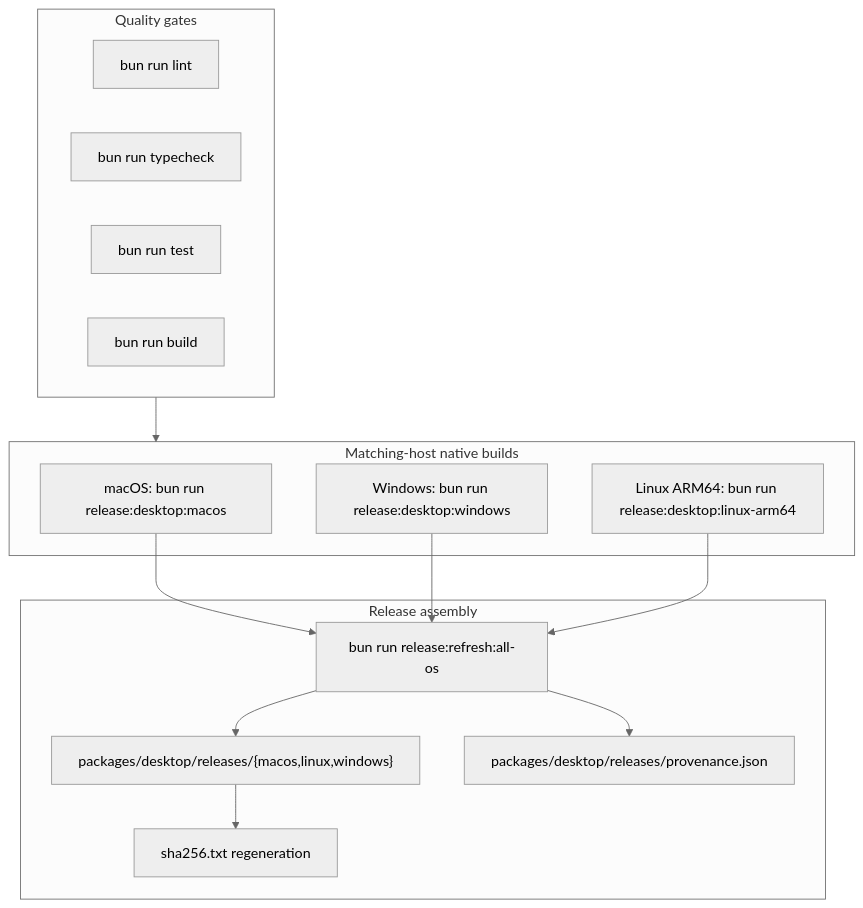
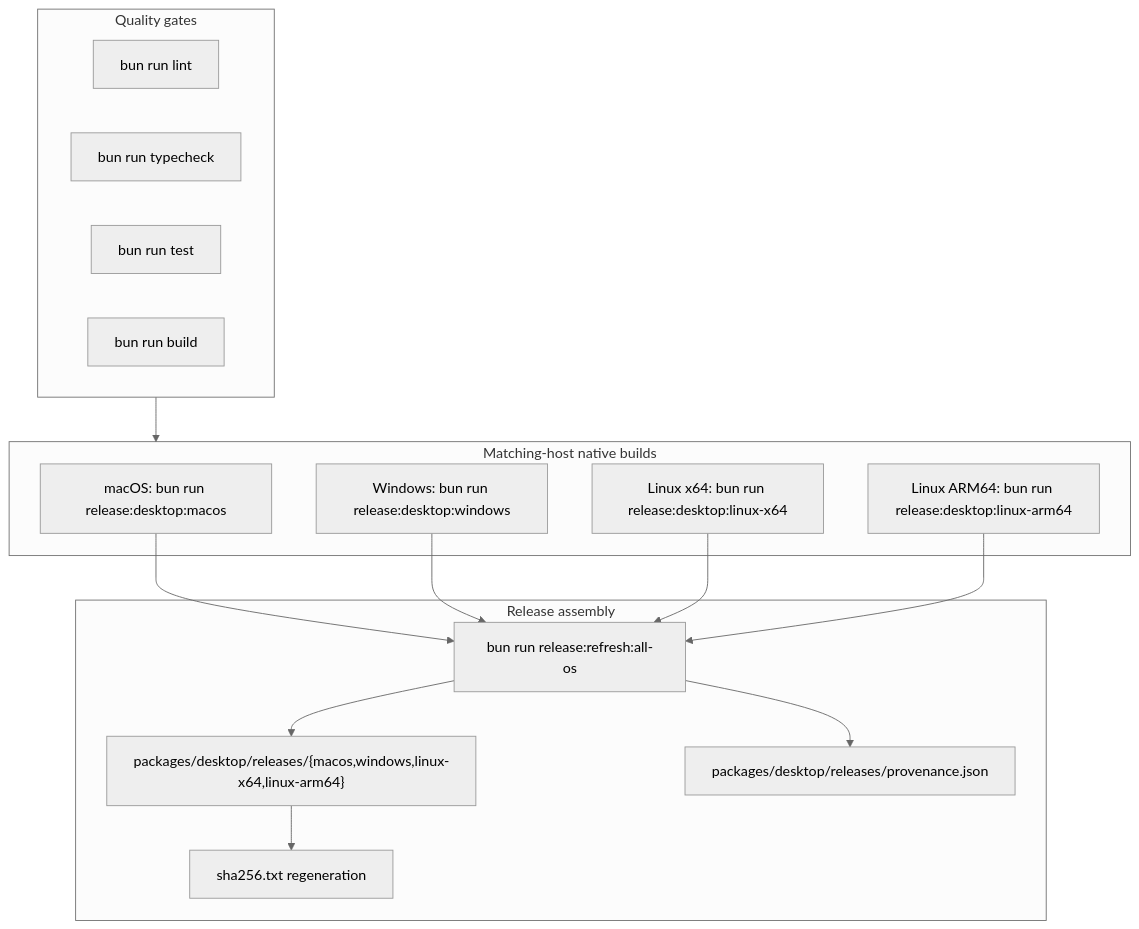
Before and after one commit to d4551/baobuildbuddy: the diagram in packages/desktop/releases/README.md, drawn with Mermaid (neutral theme). The commit also changed other lines of this file and 50 other files, not shown here.

````diff
--- a/packages/desktop/releases/README.md
+++ b/packages/desktop/releases/README.md
@@ -20,30 +20,32 @@
 ```mermaid
 flowchart TD
   subgraph QualityGates["Quality gates"]
     Lint["bun run lint"]
     Typecheck["bun run typecheck"]
     Test["bun run test"]
     Build["bun run build"]
   end
 
   subgraph NativeBuilds["Matching-host native builds"]
     MacOS["macOS: bun run release:desktop:macos"]
     Windows["Windows: bun run release:desktop:windows"]
-    Linux["Linux ARM64: bun run release:desktop:linux-arm64"]
+    LinuxX64["Linux x64: bun run release:desktop:linux-x64"]
+    LinuxArm64["Linux ARM64: bun run release:desktop:linux-arm64"]
   end
 
   subgraph Staging["Release assembly"]
     Stage["bun run release:refresh:all-os"]
-    Releases["packages/desktop/releases/{macos,linux,windows}"]
+    Releases["packages/desktop/releases/{macos,windows,linux-x64,linux-arm64}"]
     Provenance["packages/desktop/releases/provenance.json"]
     Checksum["sha256.txt regeneration"]
   end
 
   QualityGates --> NativeBuilds
   MacOS --> Stage
   Windows --> Stage
-  Linux --> Stage
+  LinuxX64 --> Stage
+  LinuxArm64 --> Stage
   Stage --> Releases
   Stage --> Provenance
   Releases --> Checksum
 ```
````
